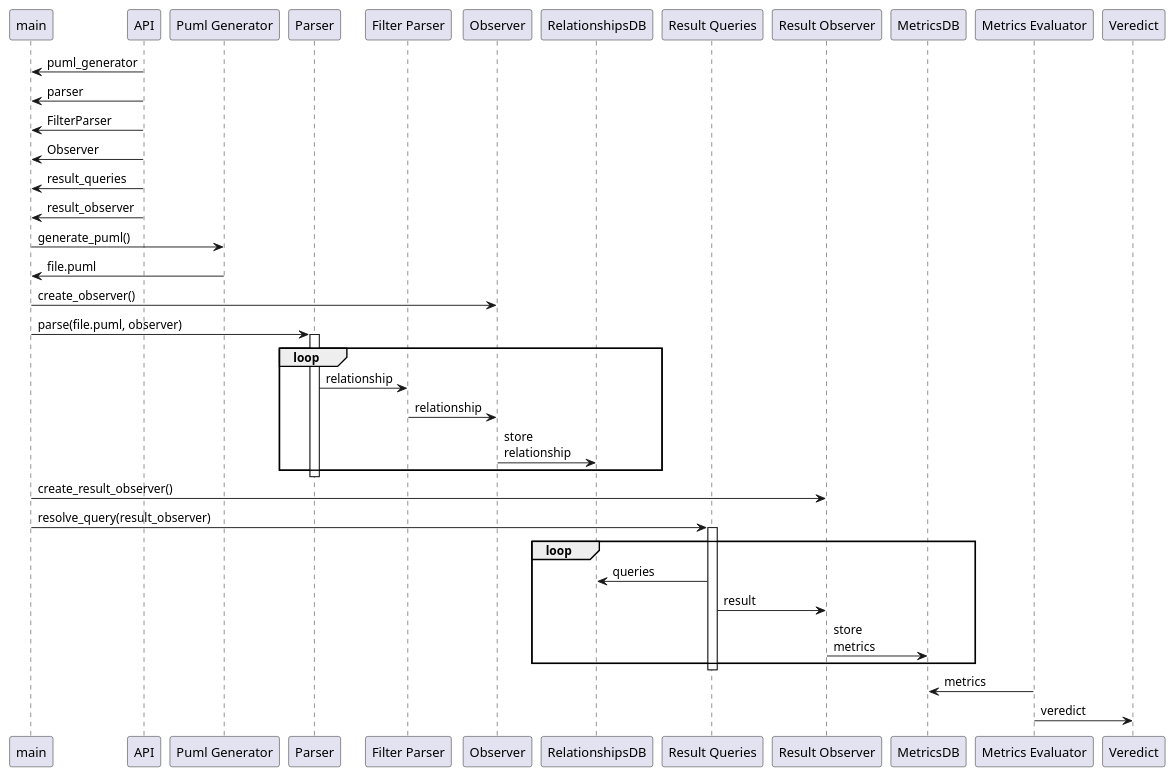
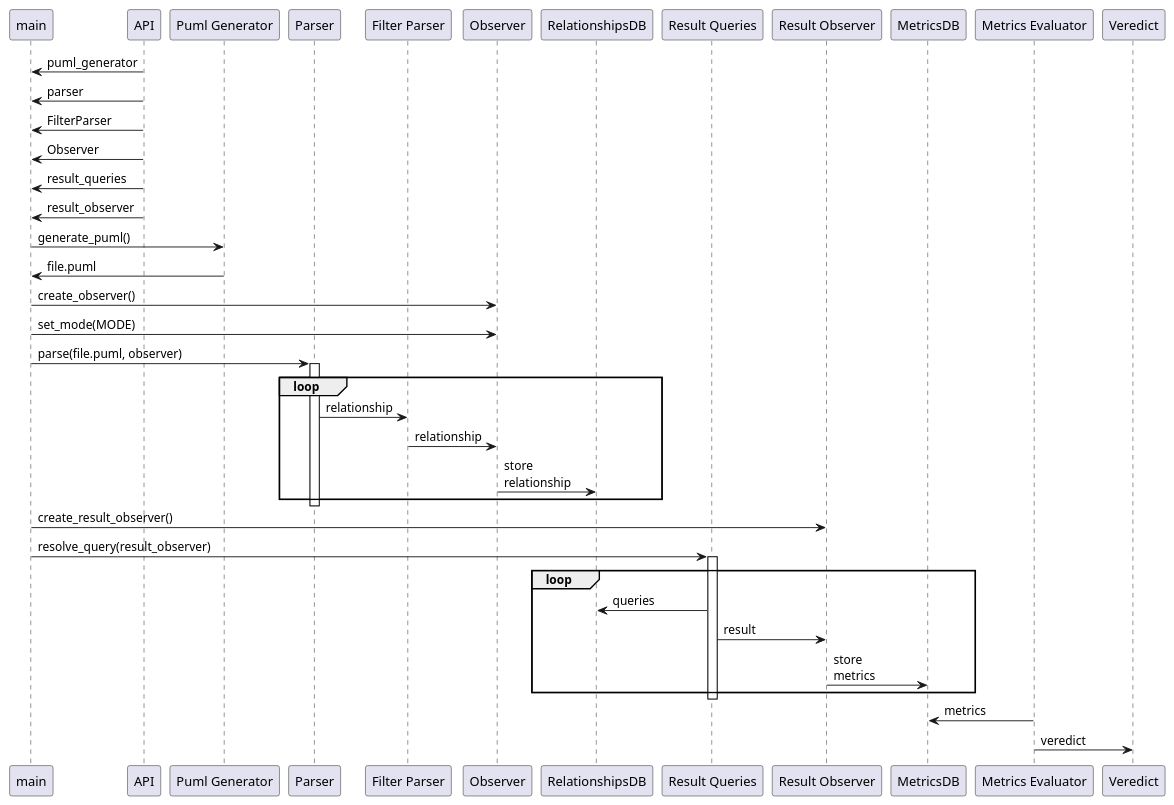
Before and after one commit to GonzaloGarciaZurlo/CodeDesignDeltaEvaluator: the diagram in Desing/SequenceDiagranRelationship.plantuml, drawn with PlantUML. The commit also changed 3 other files, not shown here.

```diff
--- a/Desing/SequenceDiagranRelationship.plantuml
+++ b/Desing/SequenceDiagranRelationship.plantuml
@@ -1,59 +1,61 @@
 @startuml
 participant main
 participant "API" as API
 participant "Puml Generator" as PumlGenerator
 participant "Parser" as Parser
 participant "Filter Parser" as FilterParser
 participant "Observer" as Observer
 participant "RelationshipsDB" as relationshipsDB
 participant "Result Queries" as ResultQueries
 participant "Result Observer" as ResultObserver
 participant "MetricsDB" as metricsDB
 participant "Metrics Evaluator" as MetricsEvaluator
 participant "Veredict" as Veredict
 
 API -> main: puml_generator
 
 API -> main: parser
 
 API -> main: FilterParser
 
 API -> main: Observer
 
 API -> main: result_queries
 
 API -> main: result_observer
 
 main -> PumlGenerator: generate_puml()
 
 PumlGenerator -> main: file.puml
 
 main -> Observer: create_observer()
 
+main -> Observer: set_mode(MODE)
+
 main -> Parser: parse(file.puml, observer)
 
 activate Parser
 
 loop
     Parser -> FilterParser: relationship
     FilterParser -> Observer: relationship
     Observer -> relationshipsDB: store\nrelationship
 end
 deactivate Parser
 
 main -> ResultObserver: create_result_observer()
 main -> ResultQueries: resolve_query(result_observer)
 
 activate ResultQueries
 
 loop
     ResultQueries -> relationshipsDB: queries
     ResultQueries -> ResultObserver: result
     ResultObserver -> metricsDB: store\nmetrics
 end
 deactivate ResultQueries
 
 MetricsEvaluator -> metricsDB: metrics
 MetricsEvaluator -> Veredict: veredict
 
 @enduml
```
